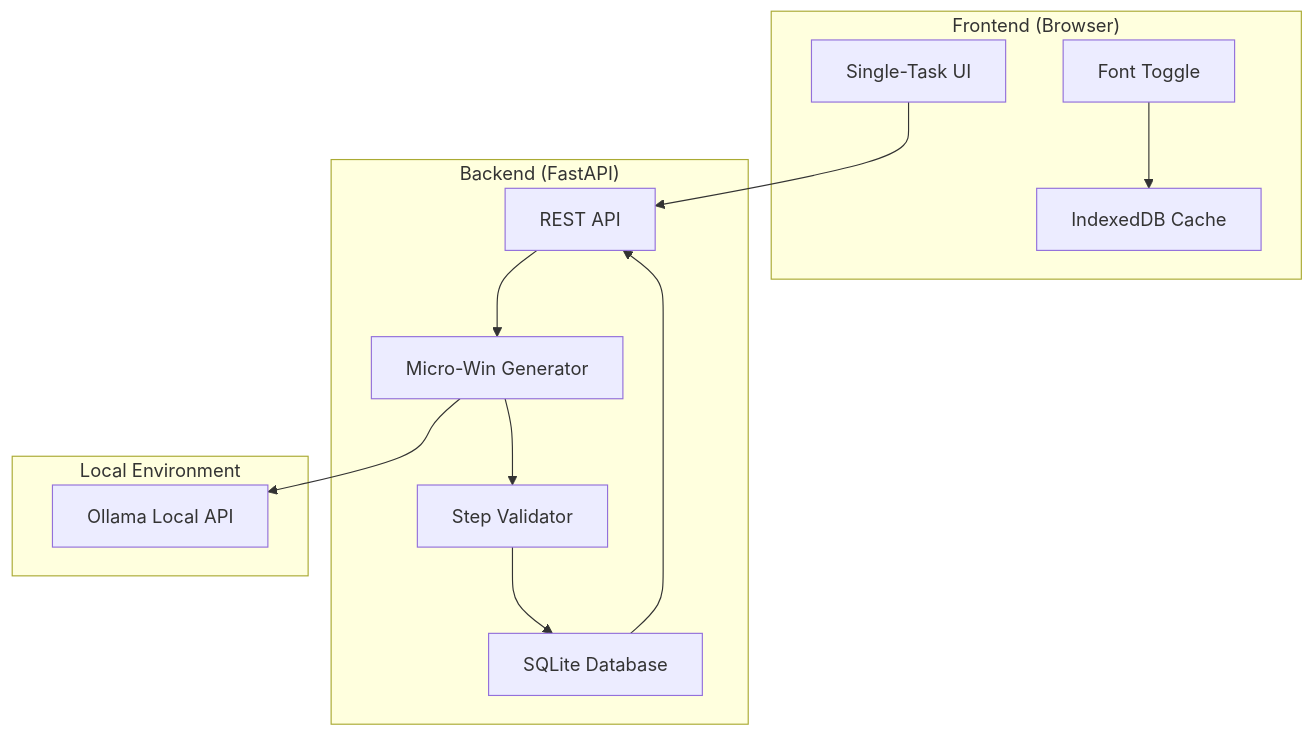
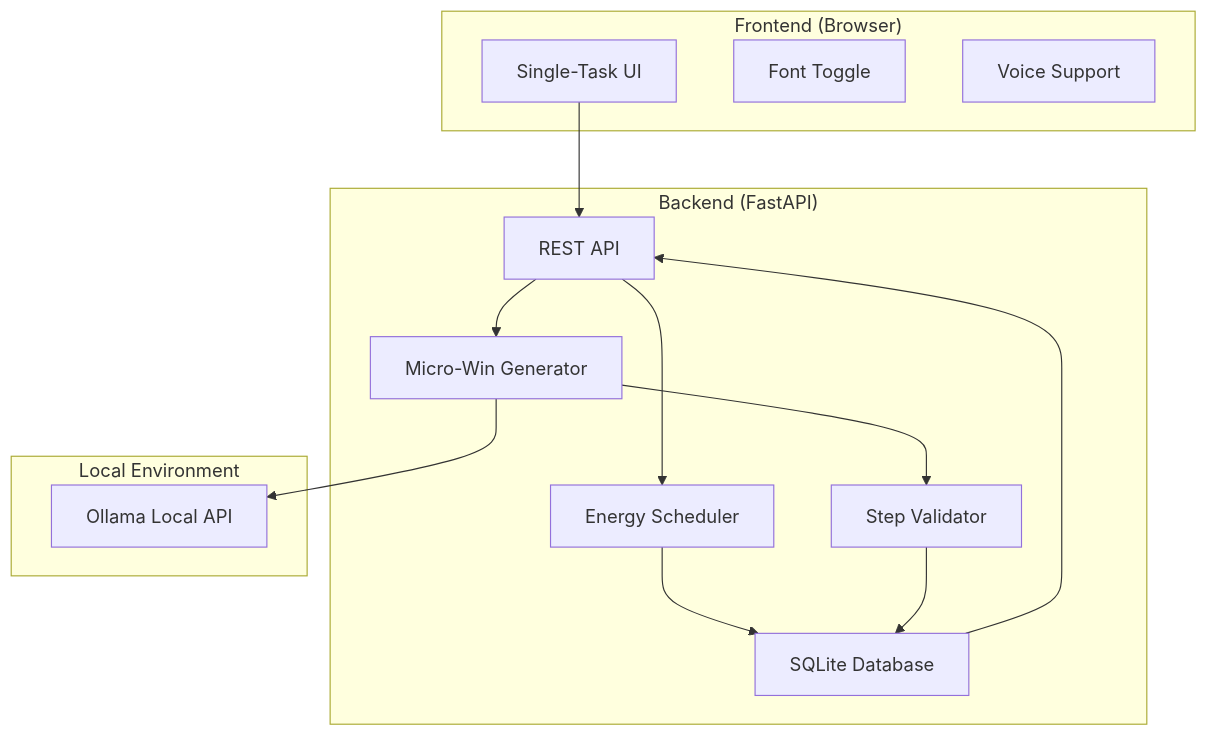
Before and after one commit to sivsagar/Neurathon-2026: the first of 3 diagrams in ARCHITECTURE.md, drawn with Mermaid. The commit also changed other lines of this file and 2 other files, not shown here.

Commit message:
docs: enhance README, ARCHITECTURE, and QUICKSTART with new features

````diff
--- a/ARCHITECTURE.md
+++ b/ARCHITECTURE.md
@@ -19,27 +19,29 @@
 ```mermaid
 graph TB
     subgraph "Frontend (Browser)"
         UI[Single-Task UI]
         FontToggle[Font Toggle]
-        LocalCache[IndexedDB Cache]
+        VS[Voice Support]
     end
     
     subgraph "Backend (FastAPI)"
         API[REST API]
         MicroWinService[Micro-Win Generator]
+        SchedulerService[Energy Scheduler]
         Validator[Step Validator]
         DB[SQLite Database]
     end
     
     subgraph "Local Environment"
         LLM[Ollama Local API]
     end
     
     UI --> API
-    FontToggle --> LocalCache
     API --> MicroWinService
+    API --> SchedulerService
     MicroWinService --> Validator
     MicroWinService --> LLM
+    SchedulerService --> DB
     Validator --> DB
     DB --> API
 ```
````
